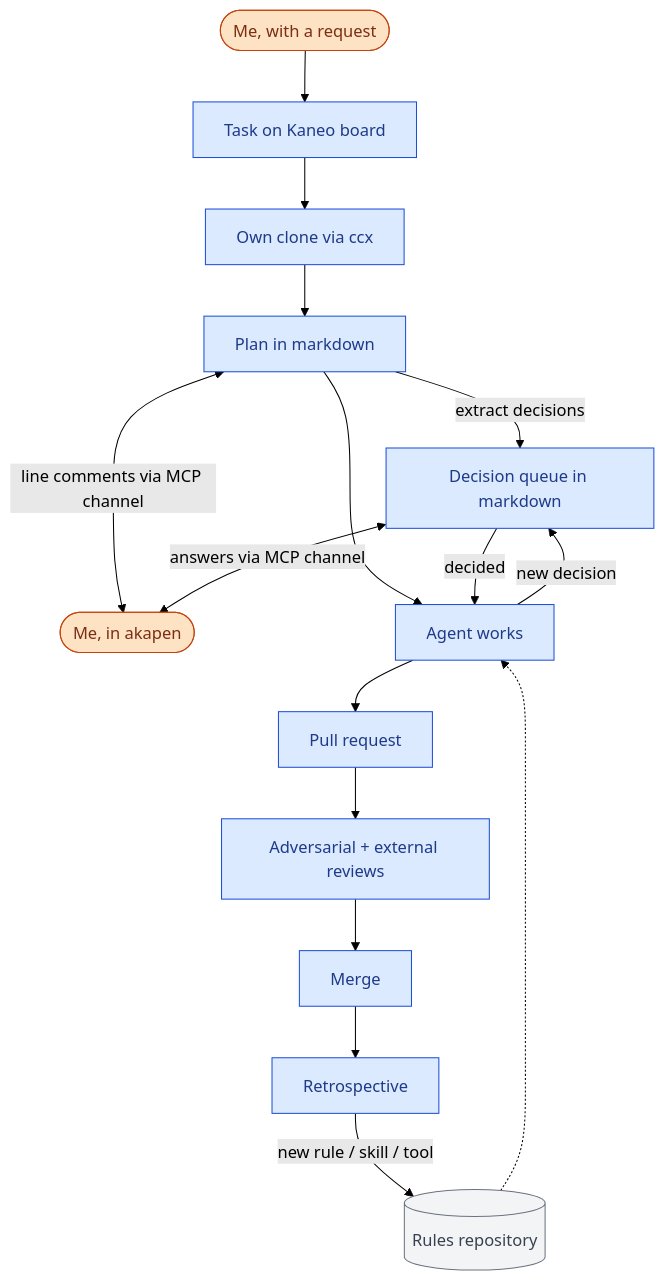
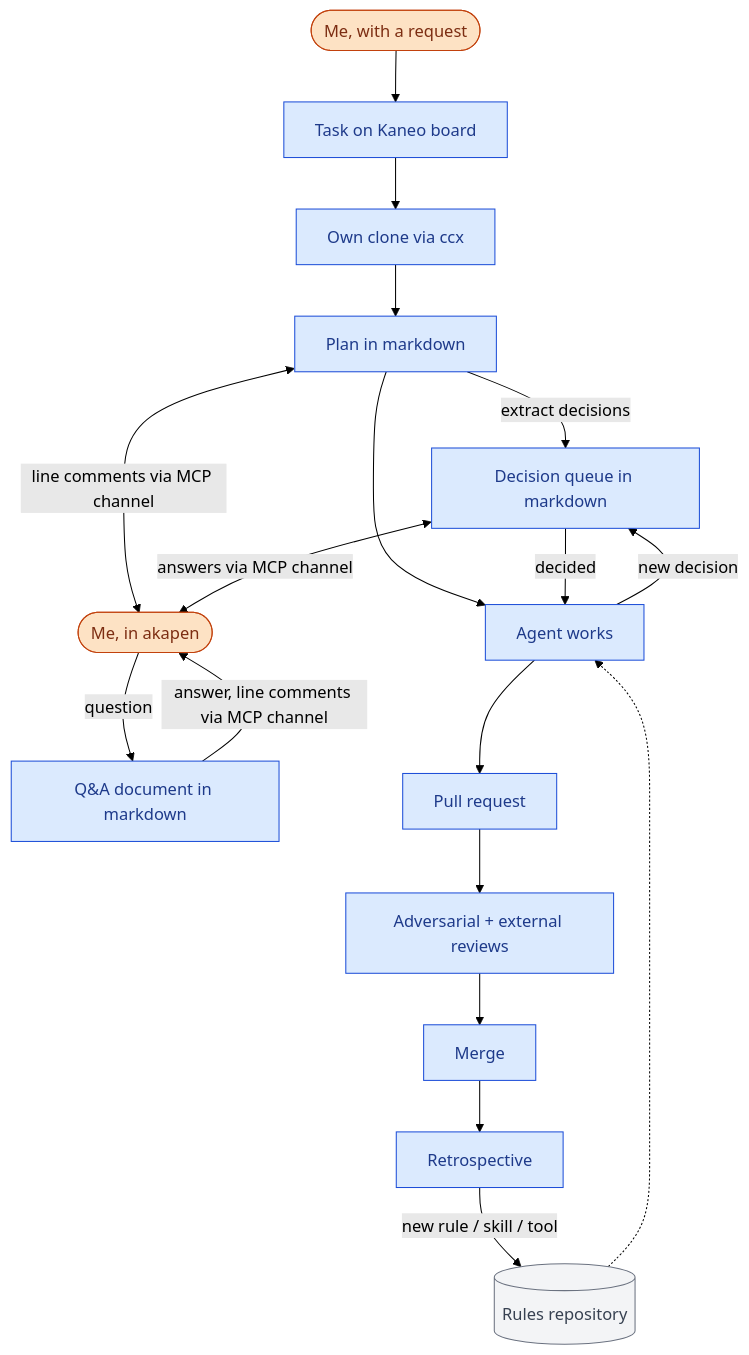
The diagram in src/pages/workflow.md (TakashiAihara/profile.takashiaihara.site), drawn with Mermaid (forest theme) before and after one commit. The commit also changed other lines of this file, not shown here.

Commit message:
docs: answers to my questions go into a Q&A document
sid: WH5KIB
Claude-Session: https://claude.ai/code/session_01ToaAV7JAc6DQPwKjMsDghs

```diff
--- a/src/pages/workflow.md
+++ b/src/pages/workflow.md
@@ -12,24 +12,26 @@
 <pre class="mermaid">
 flowchart TD
   req([Me, with a request]) --> task[Task on Kaneo board]
   task --> clone[Own clone via ccx]
   clone --> plan[Plan in markdown]
   plan -->|extract decisions| queue[Decision queue in markdown]
   plan <-->|line comments via MCP channel| me([Me, in akapen])
   queue <-->|answers via MCP channel| me
   plan --> work[Agent works]
   queue -->|decided| work
   work -->|new decision| queue
+  me -->|question| qa[Q&A document in markdown]
+  qa -->|answer, line comments via MCP channel| me
   work --> pr[Pull request]
   pr --> review[Adversarial + external reviews]
   review --> merge[Merge]
   merge --> retro[Retrospective]
   retro -->|new rule / skill / tool| rules[(Rules repository)]
   rules -.-> work
   classDef human fill:#fde2c4,stroke:#c2410c,color:#7c2d12
   classDef agent fill:#dbeafe,stroke:#1d4ed8,color:#1e3a8a
   classDef store fill:#f3f4f6,stroke:#6b7280,color:#374151
   class req,me human
-  class task,clone,plan,work,queue,pr,review,merge,retro agent
+  class task,clone,plan,work,queue,qa,pr,review,merge,retro agent
   class rules store
 </pre>
```
